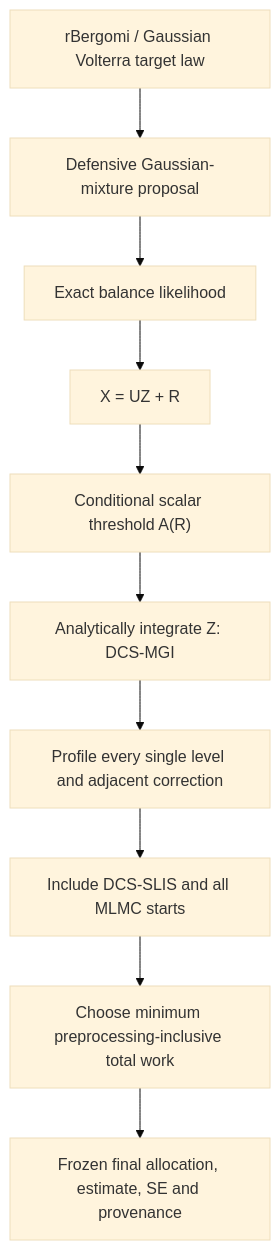
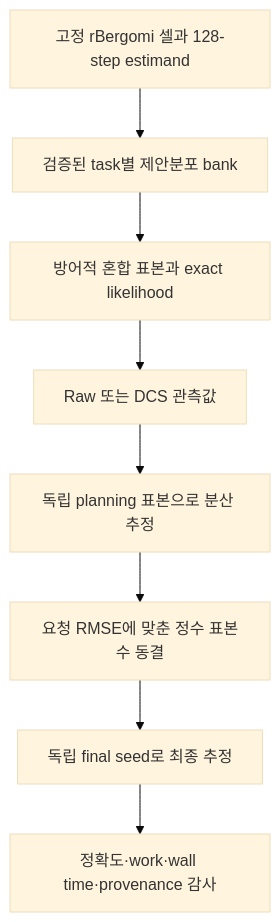
The diagram in docs/CURRENT_MODEL_AND_IMPLEMENTATION_GUIDE_KO.md (YoungJun0814/Neural_Path_Intergral), drawn with Mermaid (base theme) before and after one commit. The commit also changed other lines of this file and 10 other files, not shown here.

````diff
--- a/docs/CURRENT_MODEL_AND_IMPLEMENTATION_GUIDE_KO.md
+++ b/docs/CURRENT_MODEL_AND_IMPLEMENTATION_GUIDE_KO.md
@@ -81,12 +126,10 @@
 ```mermaid
 flowchart TD
-    A["rBergomi / Gaussian Volterra target law"] --> B["Defensive Gaussian-mixture proposal"]
-    B --> C["Exact balance likelihood"]
-    C --> D["X = UZ + R"]
-    D --> E["Conditional scalar threshold A(R)"]
-    E --> F["Analytically integrate Z: DCS-MGI"]
-    F --> G["Profile every single level and adjacent correction"]
-    G --> H["Include DCS-SLIS and all MLMC starts"]
-    H --> I["Choose minimum preprocessing-inclusive total work"]
-    I --> J["Frozen final allocation, estimate, SE and provenance"]
+    A["고정 rBergomi 셀과 128-step estimand"] --> B["검증된 task별 제안분포 bank"]
+    B --> C["방어적 혼합 표본과 exact likelihood"]
+    C --> D["Raw 또는 DCS 관측값"]
+    D --> E["독립 planning 표본으로 분산 추정"]
+    E --> F["요청 RMSE에 맞춘 정수 표본수 동결"]
+    F --> G["독립 final seed로 최종 추정"]
+    G --> H["정확도·work·wall time·provenance 감사"]
 ```
````
